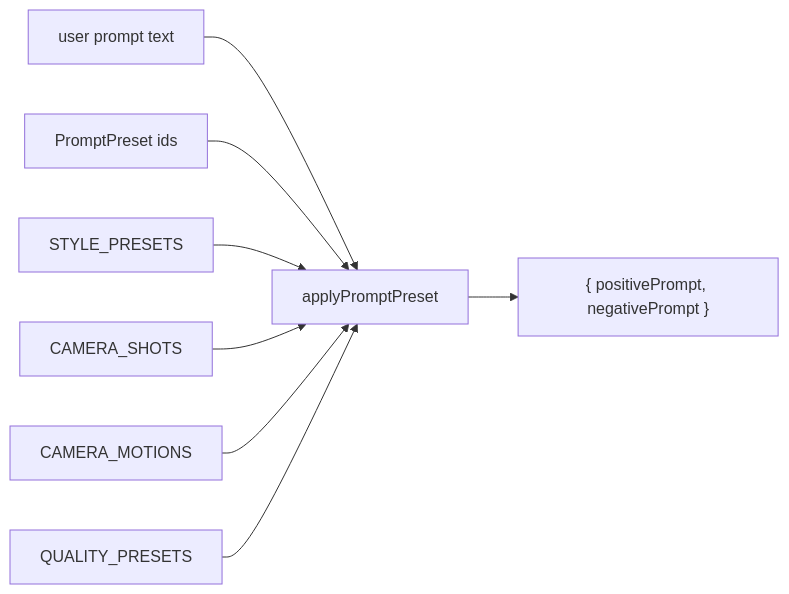
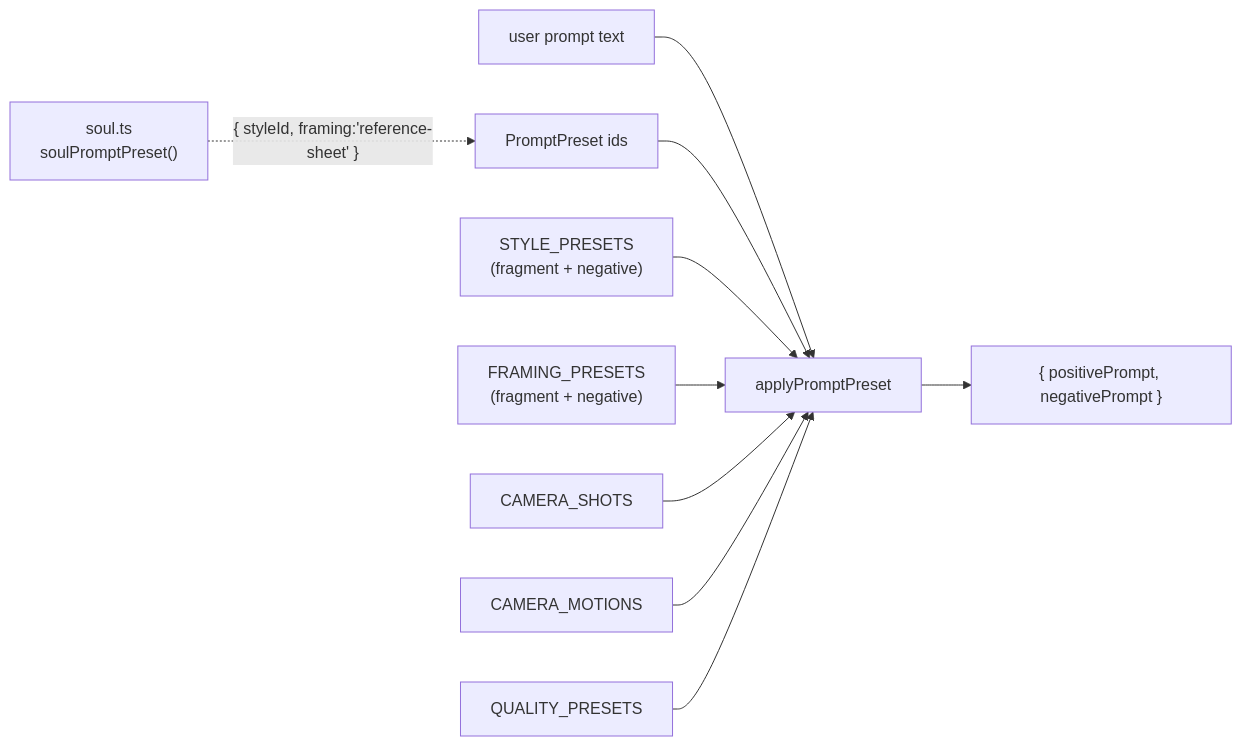
The diagram in packages/contracts/src/presets.ts.md (AzamatRaimbekov2/openCreate), drawn with Mermaid before and after one commit. The commit also changed other lines of this file and 27 other files, not shown here.

````diff
--- a/packages/contracts/src/presets.ts.md
+++ b/packages/contracts/src/presets.ts.md
@@ -33,10 +36,12 @@
 ```mermaid
 flowchart LR
   U[user prompt text] --> AP[applyPromptPreset]
   P[PromptPreset ids] --> AP
-  ST[STYLE_PRESETS] --> AP
+  ST["STYLE_PRESETS<br/>(fragment + negative)"] --> AP
+  FR["FRAMING_PRESETS<br/>(fragment + negative)"] --> AP
   CS[CAMERA_SHOTS] --> AP
   CM[CAMERA_MOTIONS] --> AP
   Q[QUALITY_PRESETS] --> AP
   AP --> OUT["{ positivePrompt, negativePrompt }"]
+  SOUL["soul.ts<br/>soulPromptPreset()"] -.->|"{ styleId, framing:'reference-sheet' }"| P
 ```
````
